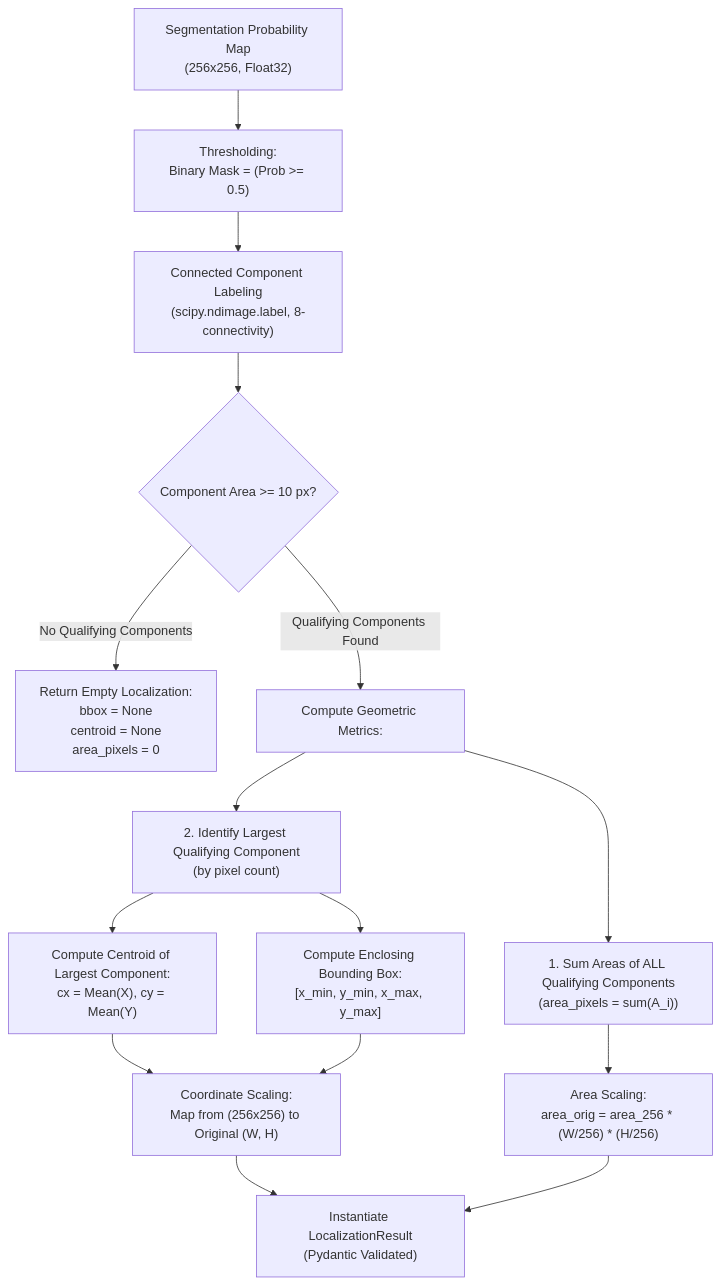
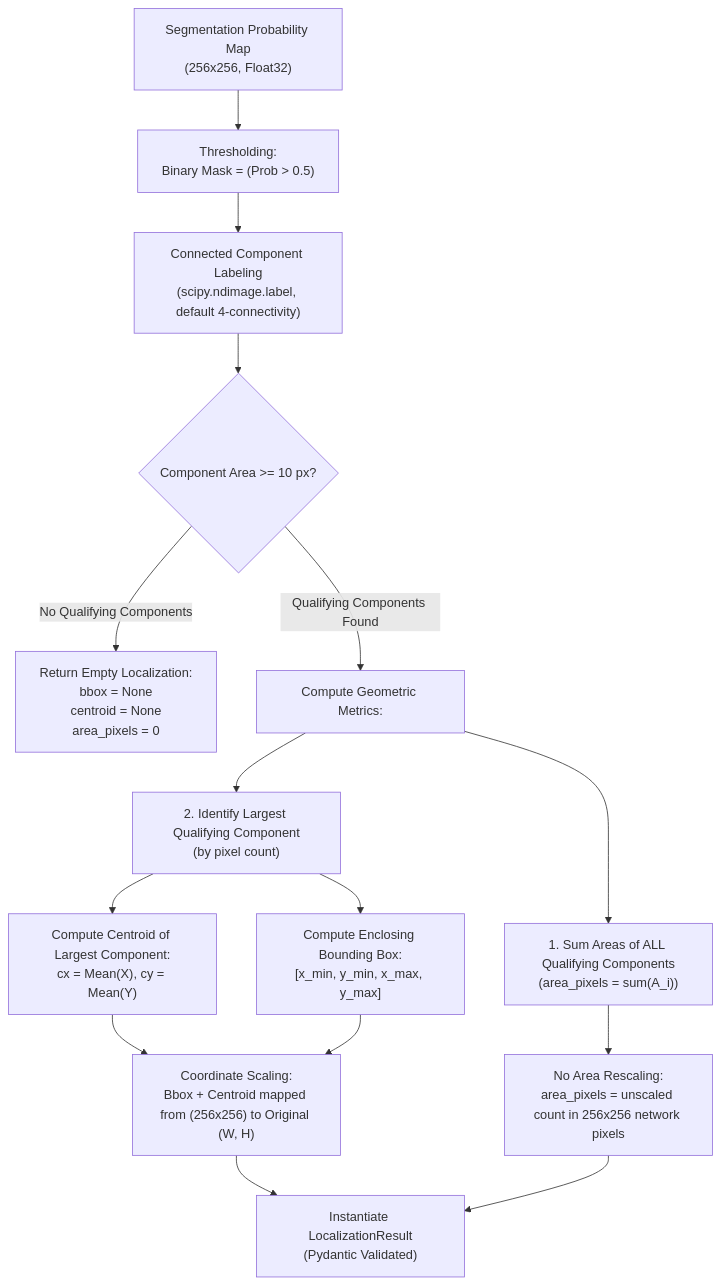
The seventh of 22 diagrams in docs/architecture/system_architecture_specification.md (NeutronZero/BrainTumor-MajorProject), drawn with Mermaid before and after one commit. The commit also changed other lines of this file and 45 other files, not shown here.

````diff
--- a/docs/architecture/system_architecture_specification.md
+++ b/docs/architecture/system_architecture_specification.md
@@ -497,22 +501,22 @@
 ```mermaid
 flowchart TD
-    ProbMap["Segmentation Probability Map<br/>(256x256, Float32)"] --> Binarize["Thresholding:<br/>Binary Mask = (Prob >= 0.5)"]
-    Binarize --> CCL["Connected Component Labeling<br/>(scipy.ndimage.label, 8-connectivity)"]
+    ProbMap["Segmentation Probability Map<br/>(256x256, Float32)"] --> Binarize["Thresholding:<br/>Binary Mask = (Prob > 0.5)"]
+    Binarize --> CCL["Connected Component Labeling<br/>(scipy.ndimage.label, default 4-connectivity)"]
     CCL --> Filter{"Component Area >= 10 px?"}
     
     Filter -->|No Qualifying Components| EmptyResult["Return Empty Localization:<br/>bbox = None<br/>centroid = None<br/>area_pixels = 0"]
     
     Filter -->|Qualifying Components Found| Metrics["Compute Geometric Metrics:"]
     Metrics --> Area["1. Sum Areas of ALL Qualifying Components<br/>(area_pixels = sum(A_i))"]
     Metrics --> Largest["2. Identify Largest Qualifying Component<br/>(by pixel count)"]
     
     Largest --> Centroid["Compute Centroid of Largest Component:<br/>cx = Mean(X), cy = Mean(Y)"]
     Largest --> Bbox["Compute Enclosing Bounding Box:<br/>[x_min, y_min, x_max, y_max]"]
     
-    Centroid --> Scale["Coordinate Scaling:<br/>Map from (256x256) to Original (W, H)"]
+    Centroid --> Scale["Coordinate Scaling:<br/>Bbox + Centroid mapped from (256x256) to Original (W, H)"]
     Bbox --> Scale
-    Area --> ScaleArea["Area Scaling:<br/>area_orig = area_256 * (W/256) * (H/256)"]
+    Area --> NoScale["No Area Rescaling:<br/>area_pixels = unscaled count in 256x256 network pixels"]
     
     Scale --> Contract["Instantiate LocalizationResult<br/>(Pydantic Validated)"]
-    ScaleArea --> Contract
+    NoScale --> Contract
 ```
````
